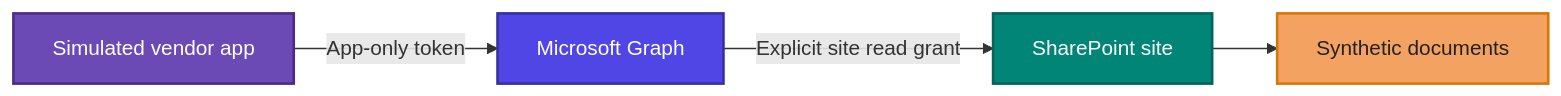
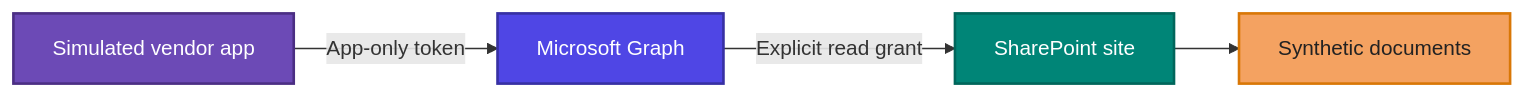
Before and after one commit to mahimakulkarnii/third-party-access-risk-lab: the first of 2 diagrams in README.md, drawn with Mermaid. The commit also changed other lines of this file, not shown here.

````diff
--- a/README.md
+++ b/README.md
@@ -44,15 +40,15 @@
 ```mermaid
 flowchart LR
     A[Simulated vendor app] -->|App-only token| B[Microsoft Graph]
-    B -->|Explicit site read grant| C[SharePoint site]
+    B -->|Explicit read grant| C[SharePoint site]
     C --> D[Synthetic documents]
 
     classDef app fill:#6C4AB6,color:#fff,stroke:#4B2E83,stroke-width:2px;
     classDef api fill:#4F46E5,color:#fff,stroke:#3730A3,stroke-width:2px;
     classDef site fill:#008577,color:#fff,stroke:#00665B,stroke-width:2px;
     classDef data fill:#F4A261,color:#222,stroke:#D97706,stroke-width:2px;
     class A app;
     class B api;
     class C site;
     class D data;
 ```
````
